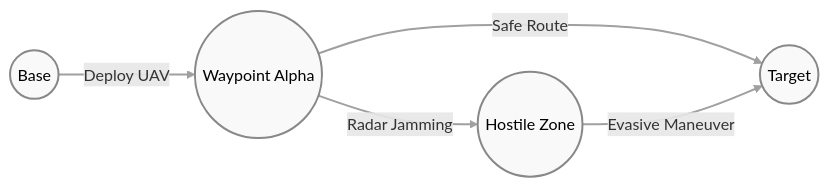
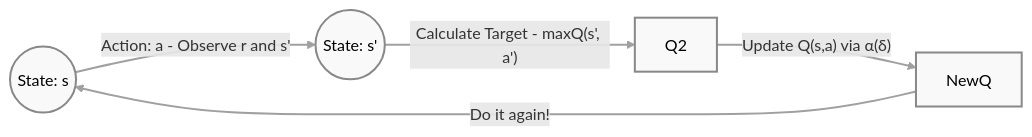
One commit to TheCodeheadMT/471Book changed the diagram in book/lessons/15/Q_learning.md. Above: the diagram before and after it, drawn with Mermaid. The commit also changed other lines of this file and 1 other file, not shown here.

````diff
--- a/book/lessons/15/Q_learning.md
+++ b/book/lessons/15/Q_learning.md
@@ -33,10 +58,11 @@
 ```{mermaid}
 graph LR
-    S((Base)) -- "Deploy UAV" --> A((Waypoint Alpha))
-    A -- "Safe Route" --> B((Target))
-    A -- "Radar Jamming" --> C((Hostile Zone))
-    C -- "Evasive Maneuver" --> B
+    S((State: s)) -- "Action: a - Observe r and s'" --> S1((State: s'))
+    S1 -- "Calculate Target - maxQ(s', a')" --> 
+    Q2 -- "Update Q(s,a) via α(δ)" --> NewQ
+    NewQ -- "Do it again!" --> S
+    
     classDef default fill:#f9f9f9,stroke:#888,stroke-width:2px,color:#000;
     classDef highlight fill:#d4edda,stroke:#28a745,stroke-width:2px,color:#000;
     linkStyle default stroke:#a0a0a0,stroke-width:2px;
 ```
````
